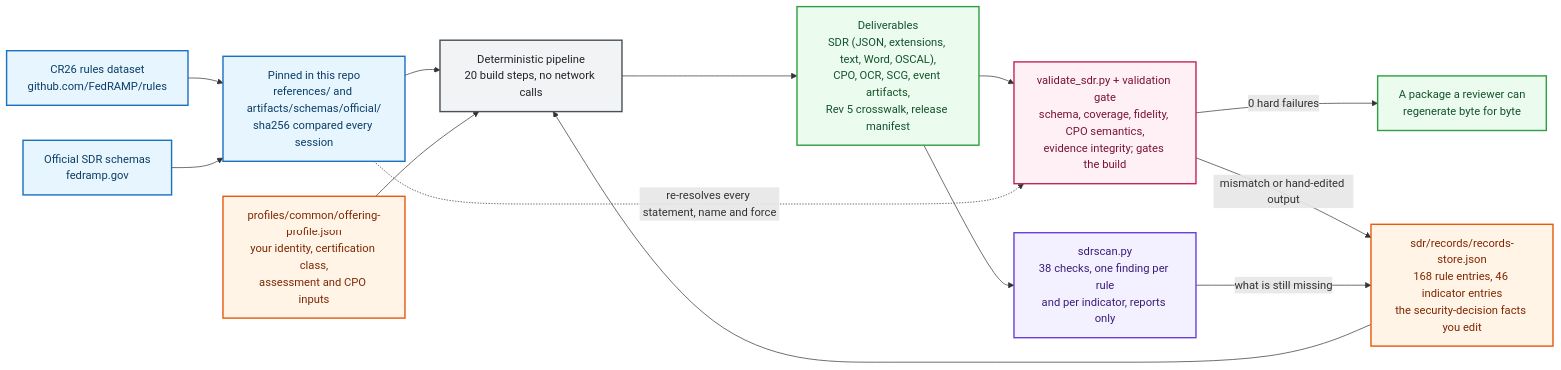
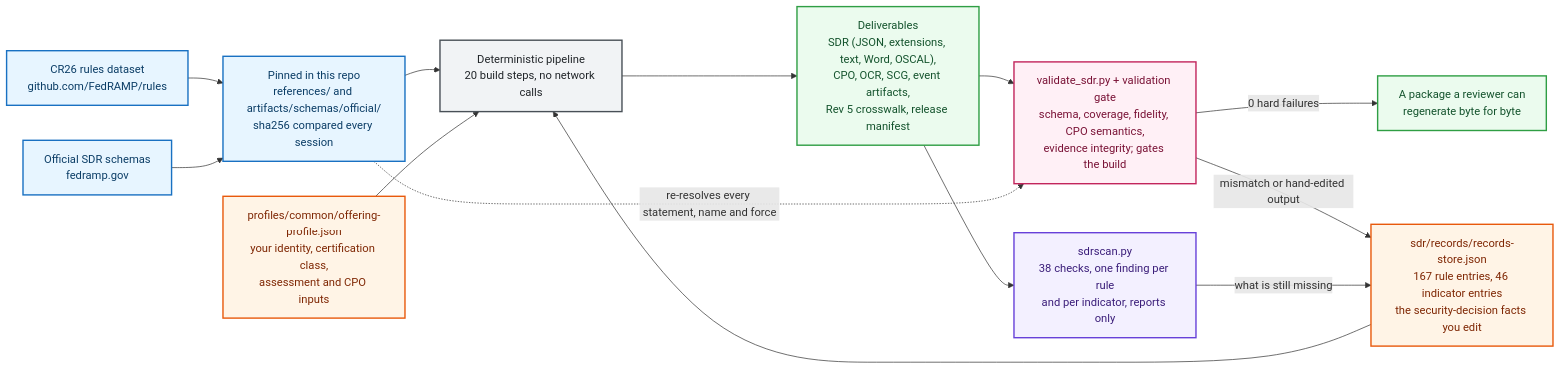
The first of 3 diagrams in docs/architecture.md (satishuv/fedramp-20x-continuous-certification-package), drawn with Mermaid before and after one commit. The commit also changed other lines of this file and 20 other files, not shown here.

````diff
--- a/docs/architecture.md
+++ b/docs/architecture.md
@@ -9,39 +9,39 @@
 ```mermaid
 flowchart LR
     DSU["CR26 rules dataset<br/>github.com/FedRAMP/rules"]
     SCU["Official SDR schemas<br/>fedramp.gov"]
     PIN["Pinned in this repo<br/>references/ and artifacts/schemas/official/<br/>sha256 compared every session"]
-    RS["sdr/records/records-store.json<br/>168 rule entries, 46 indicator entries<br/>the security-decision facts you edit"]
+    RS["sdr/records/records-store.json<br/>167 rule entries, 46 indicator entries<br/>the security-decision facts you edit"]
     OP["profiles/common/offering-profile.json<br/>your identity, certification class,<br/>assessment and CPO inputs"]
     PIPE["Deterministic pipeline<br/>20 build steps, no network calls"]
     OUT["Deliverables<br/>SDR (JSON, extensions, text, Word, OSCAL),<br/>CPO, OCR, SCG, event artifacts,<br/>Rev 5 crosswalk, release manifest"]
     GATE["validate_sdr.py + validation gate<br/>schema, coverage, fidelity, CPO semantics,<br/>evidence integrity; gates the build"]
     SCAN["sdrscan.py<br/>38 checks, one finding per rule<br/>and per indicator, reports only"]
     SHIP["A package a reviewer can<br/>regenerate byte for byte"]
 
     DSU --> PIN
     SCU --> PIN
     PIN --> PIPE
     RS --> PIPE
     OP --> PIPE
     PIPE --> OUT
     OUT --> GATE
     OUT --> SCAN
     PIN -.->|re-resolves every statement, name and force| GATE
     GATE -->|0 hard failures| SHIP
     GATE -->|mismatch or hand-edited output| RS
     SCAN -->|what is still missing| RS
 
     classDef src fill:#e7f5ff,stroke:#1971c2,stroke-width:2px,color:#0b3d66
     classDef you fill:#fff4e6,stroke:#e8590c,stroke-width:2px,color:#7f2704
     classDef step fill:#f1f3f5,stroke:#495057,stroke-width:2px,color:#212529
     classDef out fill:#ebfbee,stroke:#2f9e44,stroke-width:2px,color:#14532d
     classDef gate fill:#fff0f6,stroke:#c2255c,stroke-width:2px,color:#7a1236
     classDef scan fill:#f3f0ff,stroke:#6741d9,stroke-width:2px,color:#3b1e7a
     class DSU,SCU,PIN src
     class RS,OP you
     class PIPE step
     class OUT,SHIP out
     class GATE gate
     class SCAN scan
 ```
````
